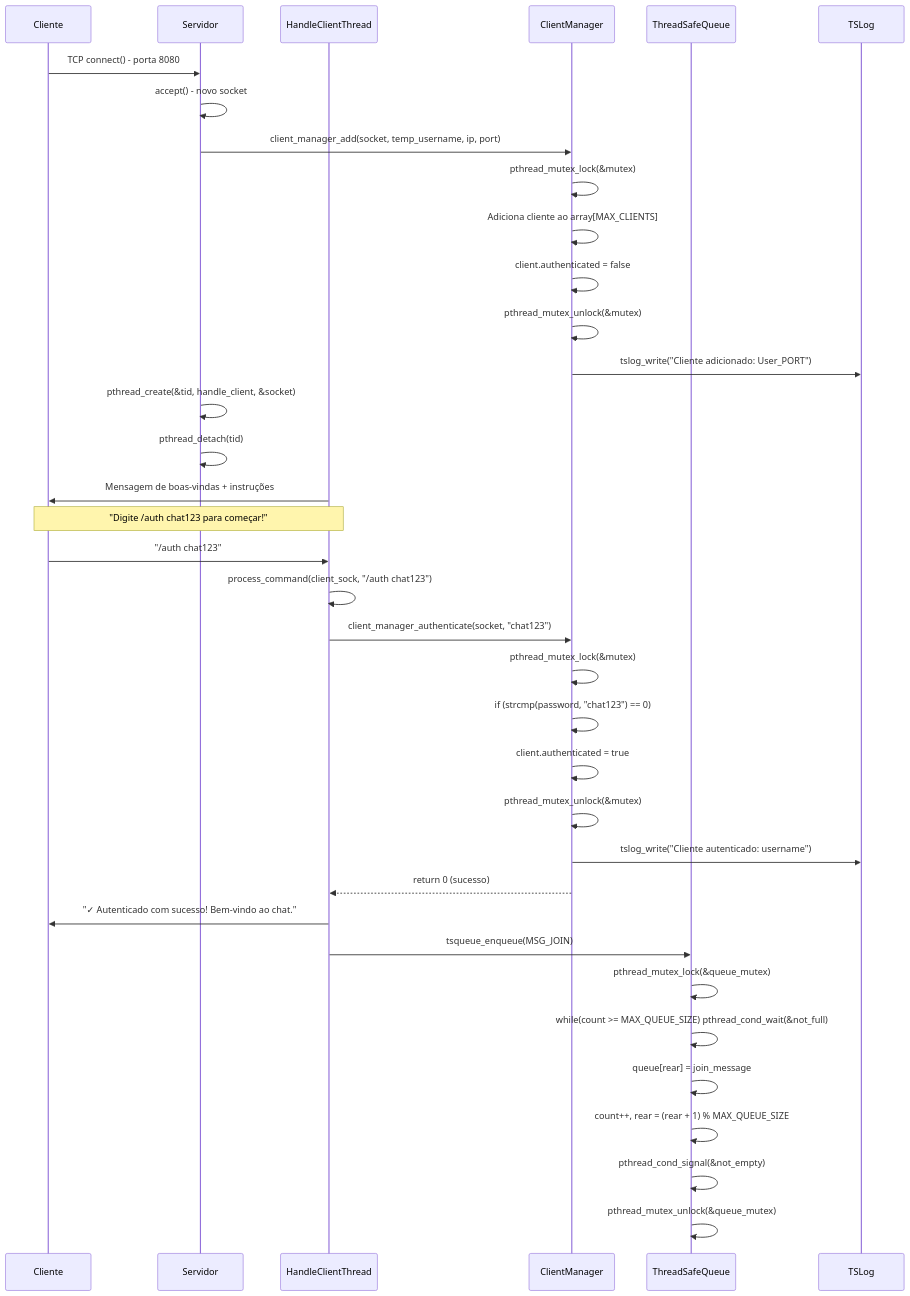
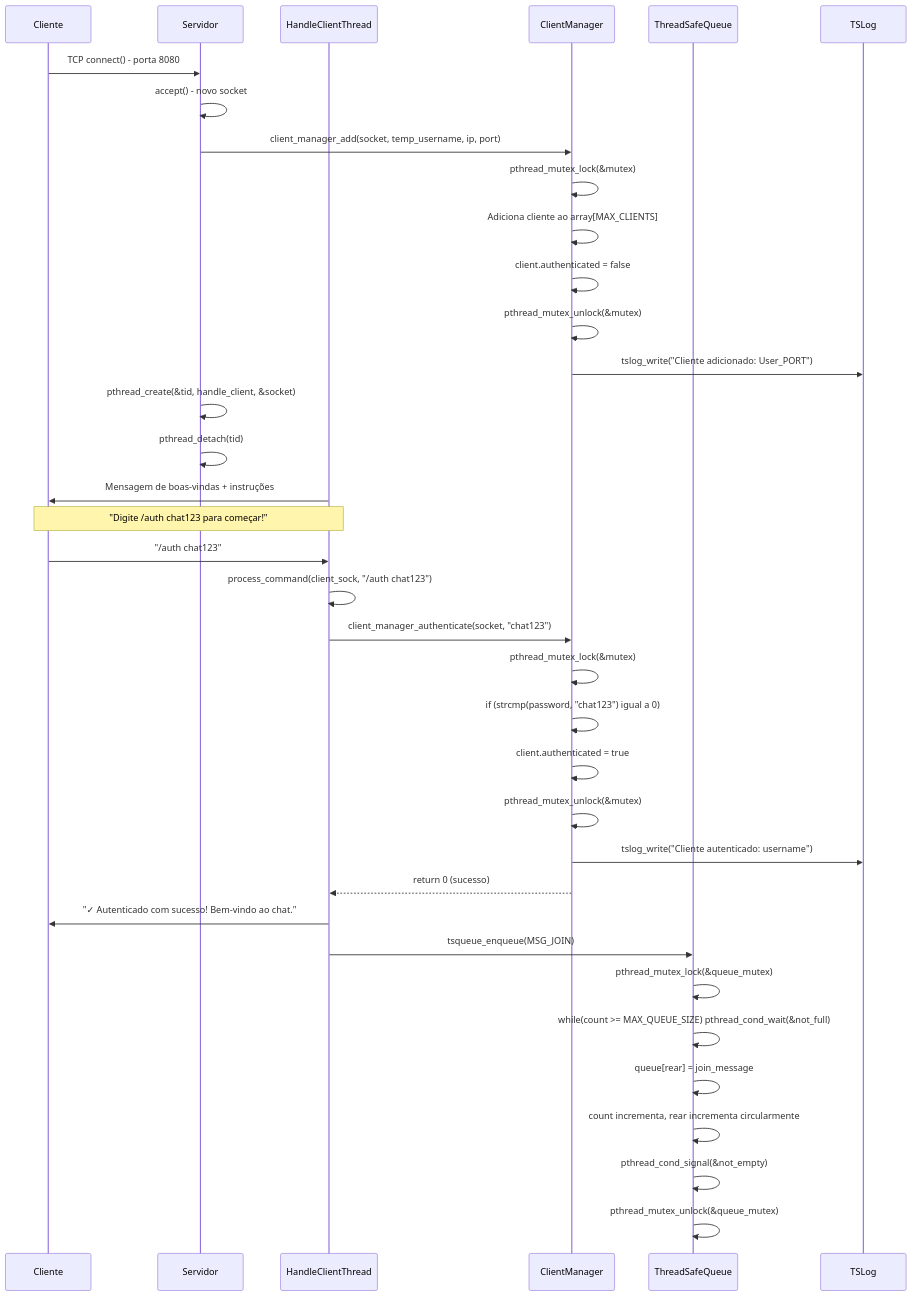
The first of 6 diagrams in docs/sequence_diagrams.md (tahaluh/lp2-chat-tcp), drawn with Mermaid before and after one commit. The commit also changed other lines of this file, not shown here.

Commit message:
fix: update sequence diagrams with Portuguese translations for conditions and actions

````diff
--- a/docs/sequence_diagrams.md
+++ b/docs/sequence_diagrams.md
@@ -5,43 +5,43 @@
 ```mermaid
 sequenceDiagram
     participant C as Cliente
     participant S as Servidor
     participant HT as HandleClientThread
     participant CM as ClientManager
     participant Q as ThreadSafeQueue
     participant L as TSLog
 
     C->>S: TCP connect() - porta 8080
     S->>S: accept() - novo socket
     S->>CM: client_manager_add(socket, temp_username, ip, port)
     CM->>CM: pthread_mutex_lock(&mutex)
     CM->>CM: Adiciona cliente ao array[MAX_CLIENTS]
     CM->>CM: client.authenticated = false
     CM->>CM: pthread_mutex_unlock(&mutex)
     CM->>L: tslog_write("Cliente adicionado: User_PORT")
     
     S->>S: pthread_create(&tid, handle_client, &socket)
     S->>S: pthread_detach(tid)
     
     HT->>C: Mensagem de boas-vindas + instruções
     Note over HT,C: "Digite /auth chat123 para começar!"
     
     C->>HT: "/auth chat123"
     HT->>HT: process_command(client_sock, "/auth chat123")
     HT->>CM: client_manager_authenticate(socket, "chat123")
     CM->>CM: pthread_mutex_lock(&mutex)
-    CM->>CM: if (strcmp(password, "chat123") == 0)
+    CM->>CM: if (strcmp(password, "chat123") igual a 0)
     CM->>CM: client.authenticated = true
     CM->>CM: pthread_mutex_unlock(&mutex)
     CM->>L: tslog_write("Cliente autenticado: username")
     CM-->>HT: return 0 (sucesso)
     
     HT->>C: "✓ Autenticado com sucesso! Bem-vindo ao chat."
     HT->>Q: tsqueue_enqueue(MSG_JOIN)
     Q->>Q: pthread_mutex_lock(&queue_mutex)
     Q->>Q: while(count >= MAX_QUEUE_SIZE) pthread_cond_wait(&not_full)
     Q->>Q: queue[rear] = join_message
-    Q->>Q: count++, rear = (rear + 1) % MAX_QUEUE_SIZE
+    Q->>Q: count incrementa, rear incrementa circularmente
     Q->>Q: pthread_cond_signal(&not_empty)
     Q->>Q: pthread_mutex_unlock(&queue_mutex)
 ```
````
